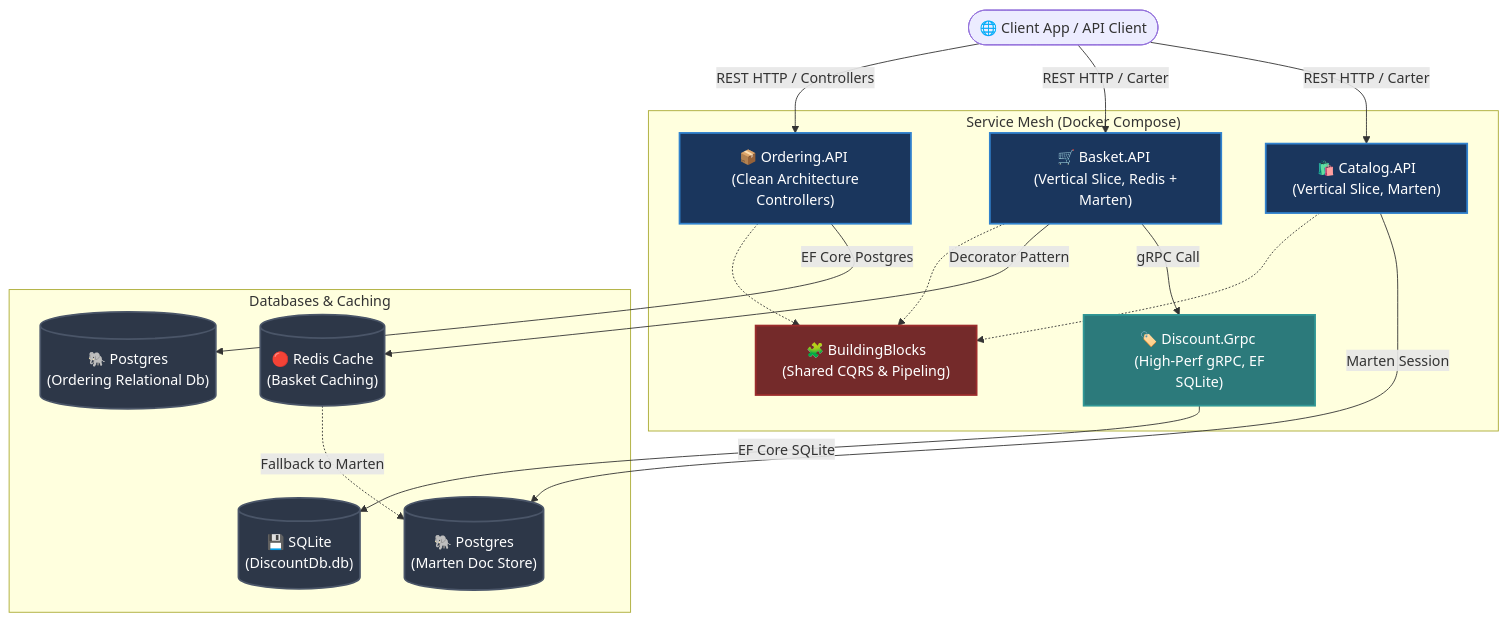
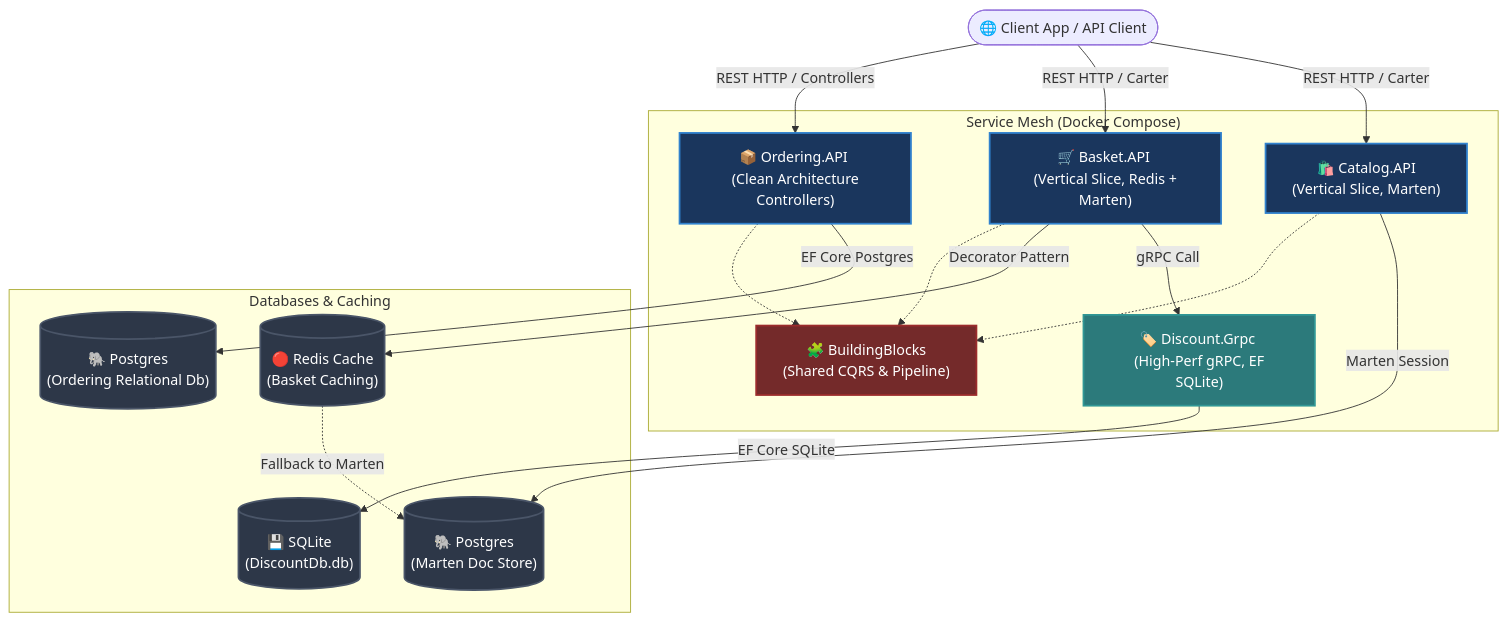
Before and after one commit to AhmedAbdo1612/ECommerce-DDD-Microservices: the first of 3 diagrams in README.md, drawn with Mermaid. The commit also changed 1 other file, not shown here.

Commit message:
docs: update architecture documentation and README

````diff
--- a/README.md
+++ b/README.md
@@ -13,53 +13,53 @@
 ```mermaid
 graph TB
     %% Clients
     Client([🌐 Client App / API Client])
 
     subgraph "Service Mesh (Docker Compose)"
         %% API Endpoints
         CatalogAPI["🛍️ Catalog.API <br> (Vertical Slice, Marten)"]
         BasketAPI["🛒 Basket.API <br> (Vertical Slice, Redis + Marten)"]
         OrderingAPI["📦 Ordering.API <br> (Clean Architecture Controllers)"]
         DiscountGrpc["🏷️ Discount.Grpc <br> (High-Perf gRPC, EF SQLite)"]
         
         %% Shared Abstraction
-        BuildingBlocks["🧩 BuildingBlocks <br> (Shared CQRS & Pipeling)"]
+        BuildingBlocks["🧩 BuildingBlocks <br> (Shared CQRS & Pipeline)"]
     end
 
     %% Databases & Cache
     subgraph "Databases & Caching"
         MartenPostgres[("🐘 Postgres <br> (Marten Doc Store)")]
         RedisCache[("🔴 Redis Cache <br> (Basket Caching)")]
         SQLiteDb[("💾 SQLite <br> (DiscountDb.db)")]
         EFPostgres[("🐘 Postgres <br> (Ordering Relational Db)")]
     end
 
     %% Flow Relations
     Client -->|REST HTTP / Carter| CatalogAPI
     Client -->|REST HTTP / Carter| BasketAPI
     Client -->|REST HTTP / Controllers| OrderingAPI
     
     BasketAPI -->|gRPC Call| DiscountGrpc
     DiscountGrpc -->|EF Core SQLite| SQLiteDb
     
     CatalogAPI -->|Marten Session| MartenPostgres
     BasketAPI -->|Decorator Pattern| RedisCache
     RedisCache -.->|Fallback to Marten| MartenPostgres
     OrderingAPI -->|EF Core Postgres| EFPostgres
     
     %% Dependency Injection of Shared Core
     CatalogAPI -.-> BuildingBlocks
     BasketAPI -.-> BuildingBlocks
     OrderingAPI -.-> BuildingBlocks
 
     %% Styling
     classDef api fill:#1A365D,stroke:#3182CE,stroke-width:2px,color:#fff;
     classDef db fill:#2D3748,stroke:#4A5568,stroke-width:2px,color:#fff;
     classDef grpc fill:#2C7A7B,stroke:#319795,stroke-width:2px,color:#fff;
     classDef shared fill:#742A2A,stroke:#9B2C2C,stroke-width:2px,color:#fff;
     
     class CatalogAPI,BasketAPI,OrderingAPI api;
     class MartenPostgres,RedisCache,SQLiteDb,EFPostgres db;
     class DiscountGrpc grpc;
     class BuildingBlocks shared;
 ```
````
